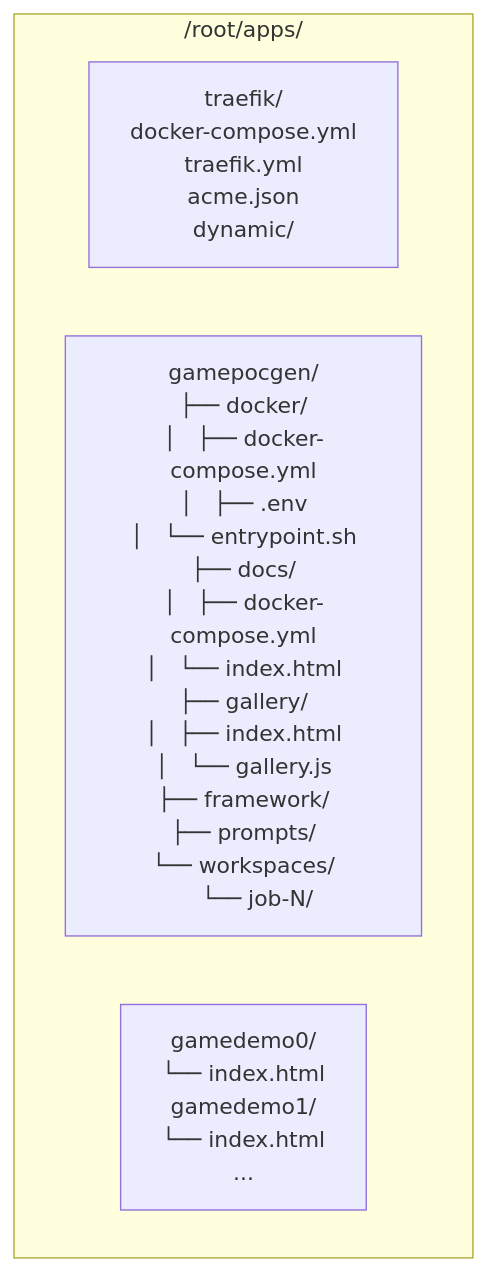
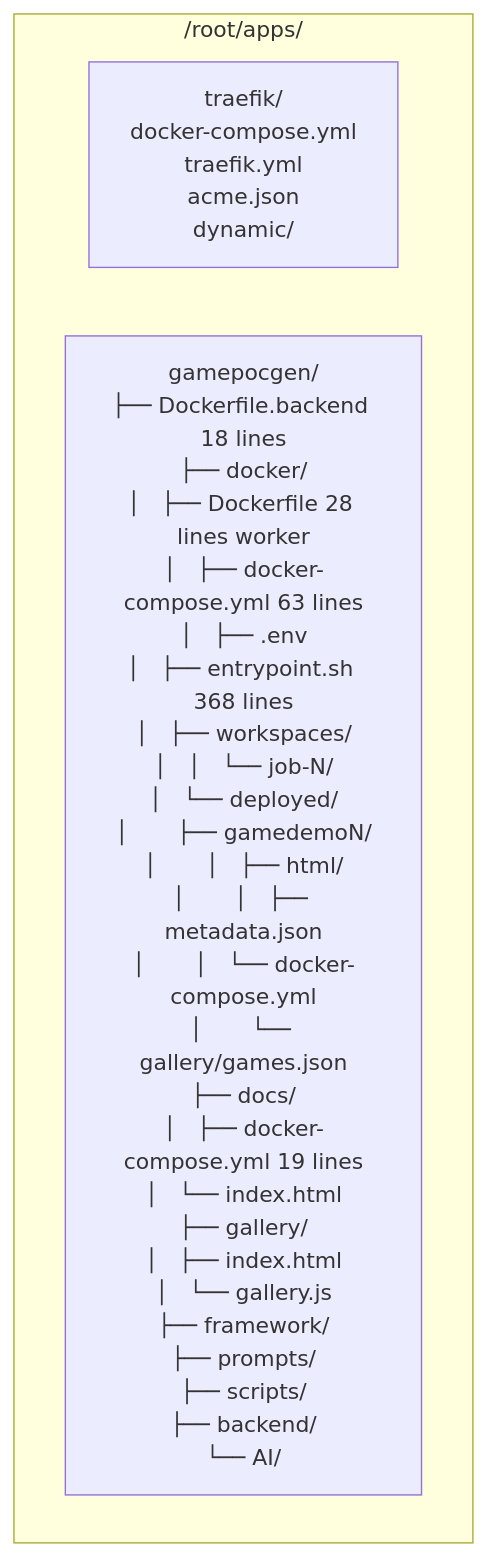
Before and after one commit to J-Gierend/gamePocGen: the third of 5 diagrams in AI/document/07-deployment.md, drawn with Mermaid. The commit also changed other lines of this file and 12 other files, not shown here.

First line of the commit message:
fix: regenerate all architecture docs from current source

````diff
--- a/AI/document/07-deployment.md
+++ b/AI/document/07-deployment.md
@@ -63,8 +63,7 @@
 ```mermaid
 graph TD
     subgraph "/root/apps/"
         T_DIR["traefik/\ndocker-compose.yml\ntraefik.yml\nacme.json\ndynamic/"]
-        G_DIR["gamepocgen/\n├── docker/\n│   ├── docker-compose.yml\n│   ├── .env\n│   └── entrypoint.sh\n├── docs/\n│   ├── docker-compose.yml\n│   └── index.html\n├── gallery/\n│   ├── index.html\n│   └── gallery.js\n├── framework/\n├── prompts/\n└── workspaces/\n    └── job-N/"]
-        DEMO["gamedemo0/\n└── index.html\ngamedemo1/\n└── index.html\n..."]
+        G_DIR["gamepocgen/\n├── Dockerfile.backend 18 lines\n├── docker/\n│   ├── Dockerfile 28 lines worker\n│   ├── docker-compose.yml 63 lines\n│   ├── .env\n│   ├── entrypoint.sh 368 lines\n│   ├── workspaces/\n│   │   └── job-N/\n│   └── deployed/\n│       ├── gamedemoN/\n│       │   ├── html/\n│       │   ├── metadata.json\n│       │   └── docker-compose.yml\n│       └── gallery/games.json\n├── docs/\n│   ├── docker-compose.yml 19 lines\n│   └── index.html\n├── gallery/\n│   ├── index.html\n│   └── gallery.js\n├── framework/\n├── prompts/\n├── scripts/\n├── backend/\n└── AI/"]
     end
 ```
````
